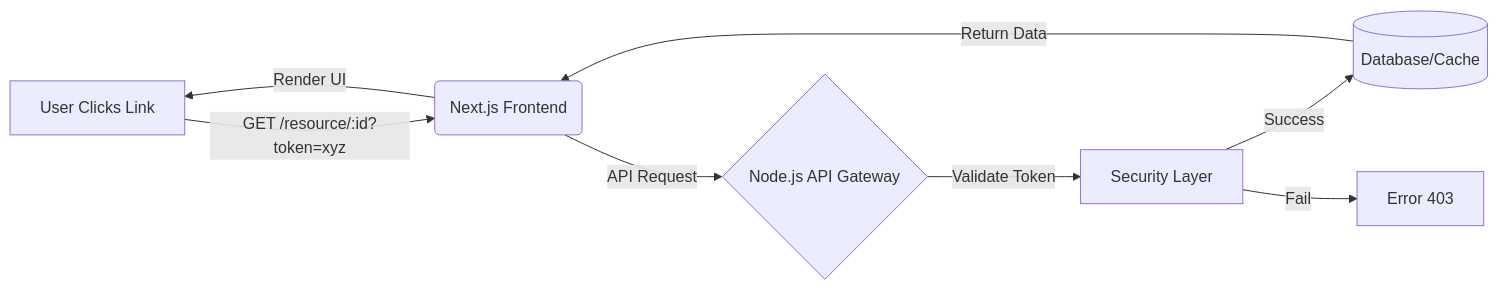
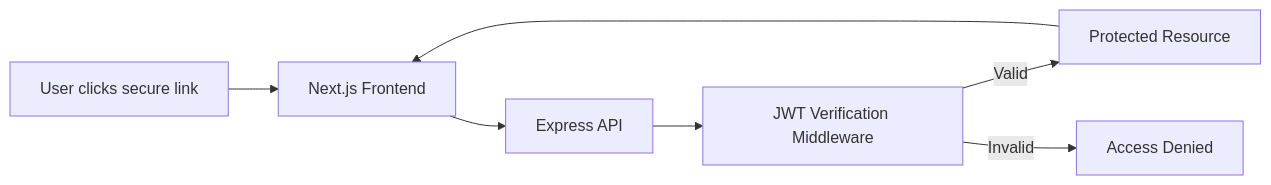
The diagram in README.md (adityasinghr651/DeepLinkSystem), drawn with Mermaid before and after one commit. The commit also changed other lines of this file, not shown here.

First line of the commit message:
Revise README for Deep Link System

`````diff
--- a/README.md
+++ b/README.md
@@ -89,10 +90,9 @@
 ```mermaid
 graph LR
-    A[User Clicks Link] -->|GET /resource/:id?token=xyz| B(Next.js Frontend)
-    B -->|API Request| C{Node.js API Gateway}
-    C -->|Validate Token| D[Security Layer]
-    D -->|Success| E[(Database/Cache)]
-    D -->|Fail| F[Error 403]
-    E -->|Return Data| B
-    B -->|Render UI| A
-````
+    A[User clicks secure link] --> B[Next.js Frontend]
+    B --> C[Express API]
+    C --> D[JWT Verification Middleware]
+    D -->|Valid| E[Protected Resource]
+    D -->|Invalid| F[Access Denied]
+    E --> B
+```
`````
